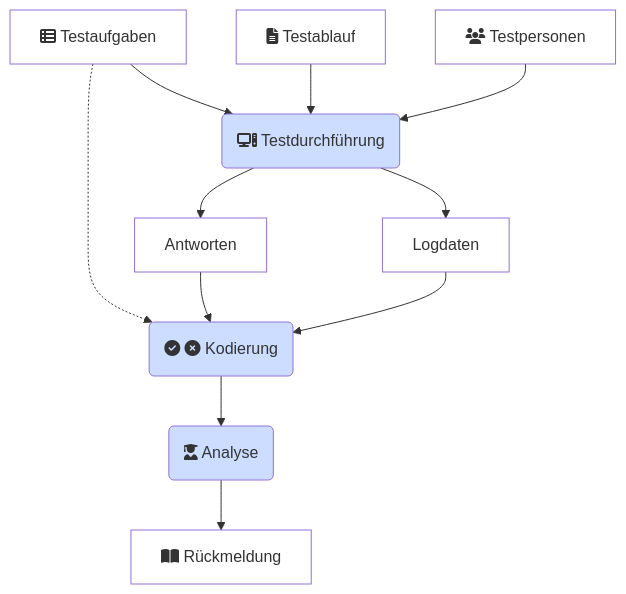
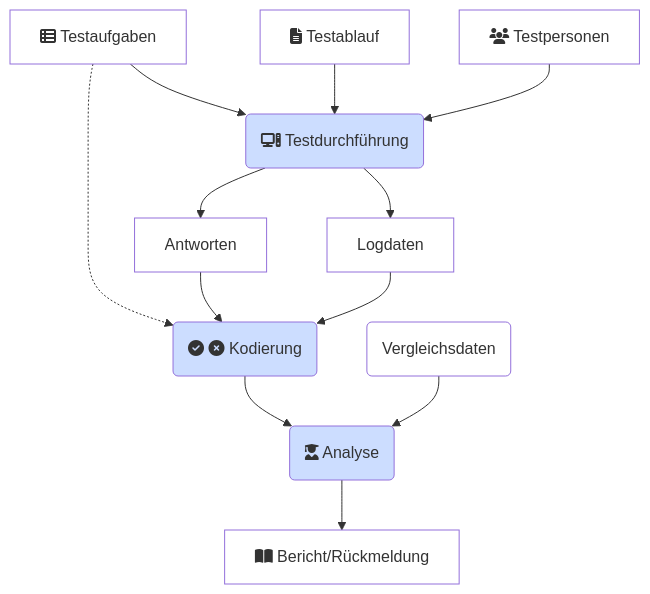
One commit to verona-interfaces/verona-interfaces.github.io changed the diagram in intro/tba.qmd. Above: the diagram before and after it, drawn with Mermaid. The commit also changed other lines of this file and 19 other files, not shown here.

````diff
--- a/intro/tba.qmd
+++ b/intro/tba.qmd
@@ -6,22 +8,24 @@
 ```{mermaid}
 flowchart TD
     H[fa:fa-table-list Testaufgaben] --> B
     style H fill:white
     G[fa:fa-file-lines Testablauf] --> B
     style G fill:white
     A[fa:fa-users Testpersonen] --> B(fa:fa-computer Testdurchführung)
     style A fill:white
     style B fill:#cdf
     B --> K[Antworten]
     style K fill:white
     B --> J[Logdaten]
     style J fill:white
     H -.-> C(fa:fa-circle-check fa:fa-circle-xmark Kodierung)
     style C fill:#cdf
     K --> C
     J --> C
     C -->D(fa:fa-user-graduate Analyse)
     style D fill:#cdf
-    D -->E[fa:fa-book-open Rückmeldung]
+    L(Vergleichsdaten) --> D
+    style L fill:white
+    D -->E[fa:fa-book-open Bericht/Rückmeldung]
     style E fill:white
 ```
````
